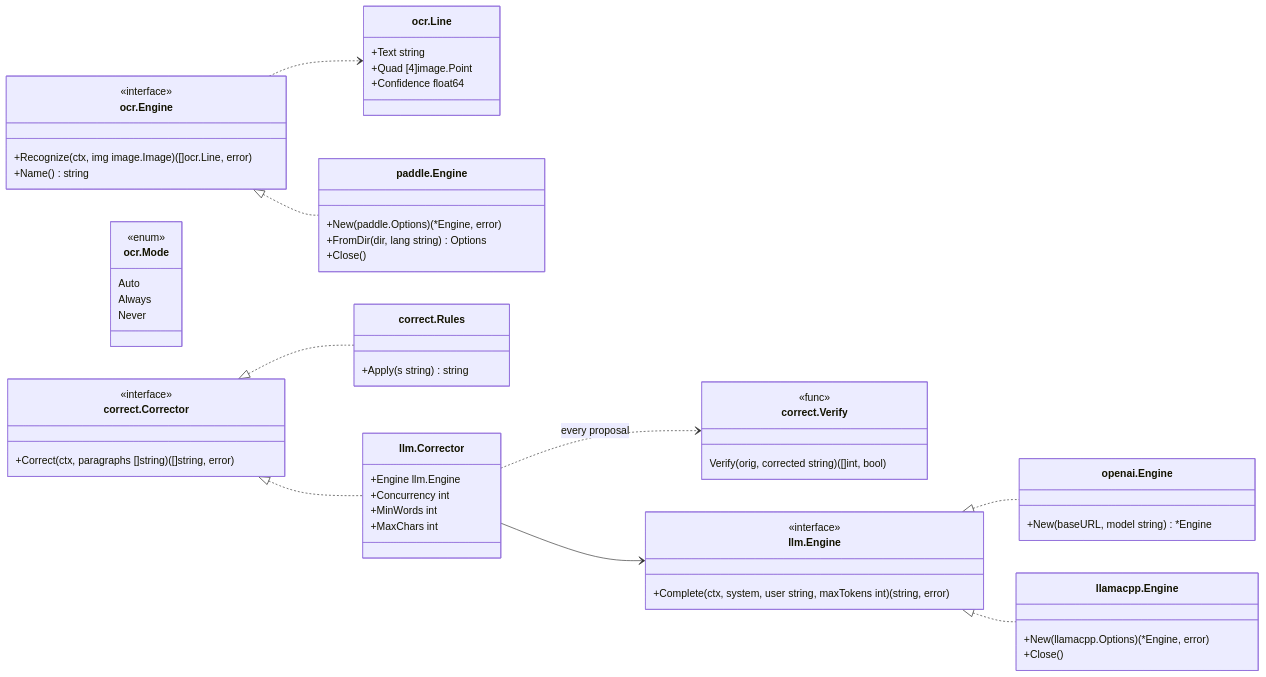
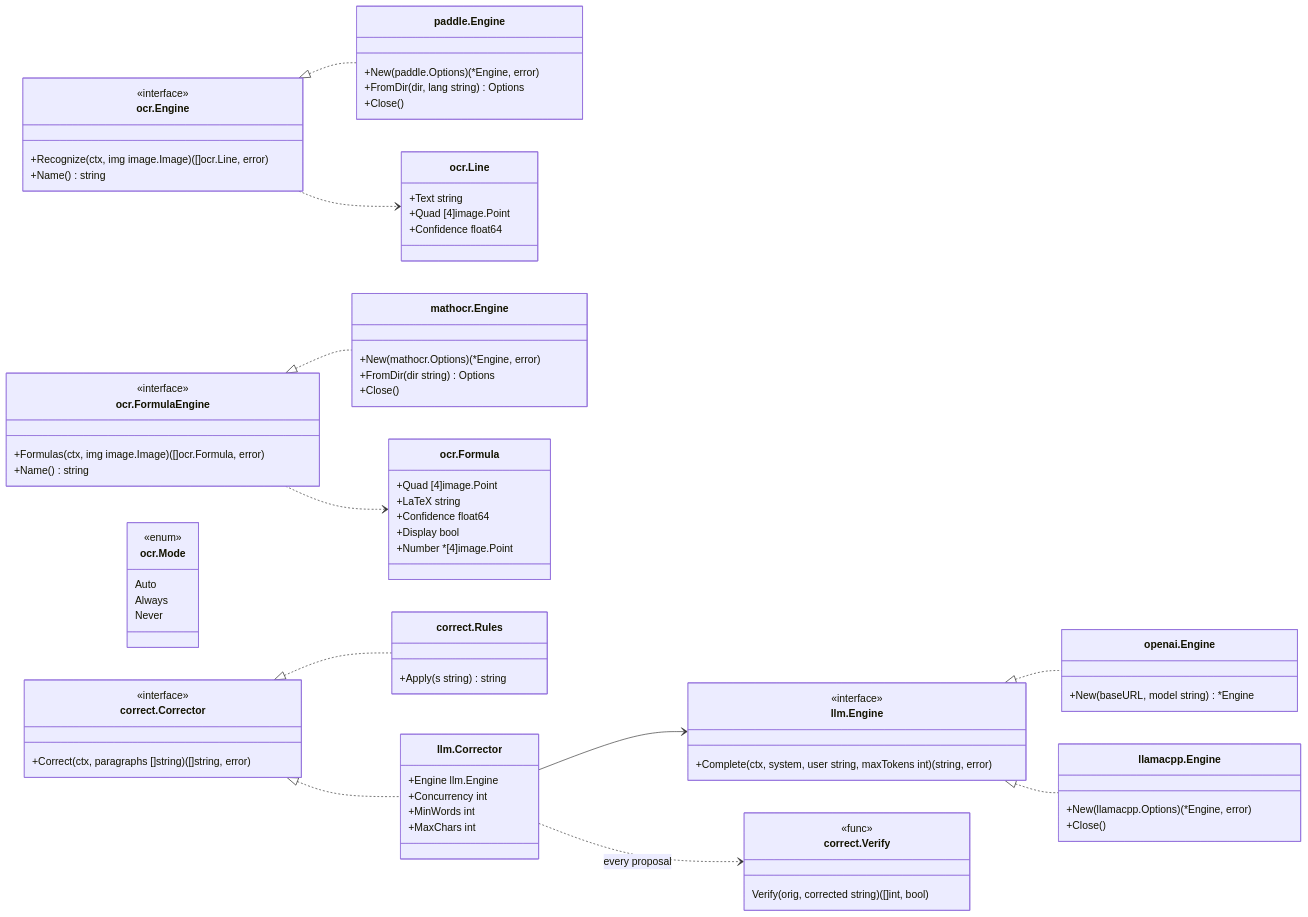
One commit to khanshahan/sarek_pdf changed the seventh of 9 diagrams in docs/architecture.md. Above: the diagram before and after it, drawn with Mermaid. The commit also changed other lines of this file and 32 other files, not shown here.

````diff
--- a/docs/architecture.md
+++ b/docs/architecture.md
@@ -449,62 +457,81 @@
 ```mermaid
 classDiagram
     direction LR
     class OCREngine["ocr.Engine"] {
         <<interface>>
         +Recognize(ctx, img image.Image) ([]ocr.Line, error)
         +Name() string
     }
     class OCRLine["ocr.Line"] {
         +Text string
         +Quad [4]image.Point
         +Confidence float64
     }
+    class FormulaEngine["ocr.FormulaEngine"] {
+        <<interface>>
+        +Formulas(ctx, img image.Image) ([]ocr.Formula, error)
+        +Name() string
+    }
+    class OCRFormula["ocr.Formula"] {
+        +Quad [4]image.Point
+        +LaTeX string
+        +Confidence float64
+        +Display bool
+        +Number *[4]image.Point
+    }
+    class MathOCR["mathocr.Engine"] {
+        +New(mathocr.Options) (*Engine, error)
+        +FromDir(dir string) Options
+        +Close()
+    }
+    FormulaEngine <|.. MathOCR
+    FormulaEngine ..> OCRFormula
     class OCRMode["ocr.Mode"] {
         <<enum>>
         Auto
         Always
         Never
     }
     class PaddleEngine["paddle.Engine"] {
         +New(paddle.Options) (*Engine, error)
         +FromDir(dir, lang string) Options
         +Close()
     }
     OCREngine <|.. PaddleEngine
     OCREngine ..> OCRLine
 
     class Corrector["correct.Corrector"] {
         <<interface>>
         +Correct(ctx, paragraphs []string) ([]string, error)
     }
     class Verify["correct.Verify"] {
         <<func>>
         Verify(orig, corrected string) ([]int, bool)
     }
     class Rules["correct.Rules"] {
         +Apply(s string) string
     }
     class LLMEngine["llm.Engine"] {
         <<interface>>
         +Complete(ctx, system, user string, maxTokens int) (string, error)
     }
     class LLMCorrector["llm.Corrector"] {
         +Engine llm.Engine
         +Concurrency int
         +MinWords int
         +MaxChars int
     }
     class OpenAI["openai.Engine"] {
         +New(baseURL, model string) *Engine
     }
     class LlamaCpp["llamacpp.Engine"] {
         +New(llamacpp.Options) (*Engine, error)
         +Close()
     }
     Corrector <|.. Rules
     Corrector <|.. LLMCorrector
     LLMCorrector --> LLMEngine
     LLMCorrector ..> Verify : every proposal
     LLMEngine <|.. OpenAI
     LLMEngine <|.. LlamaCpp
 ```
````
